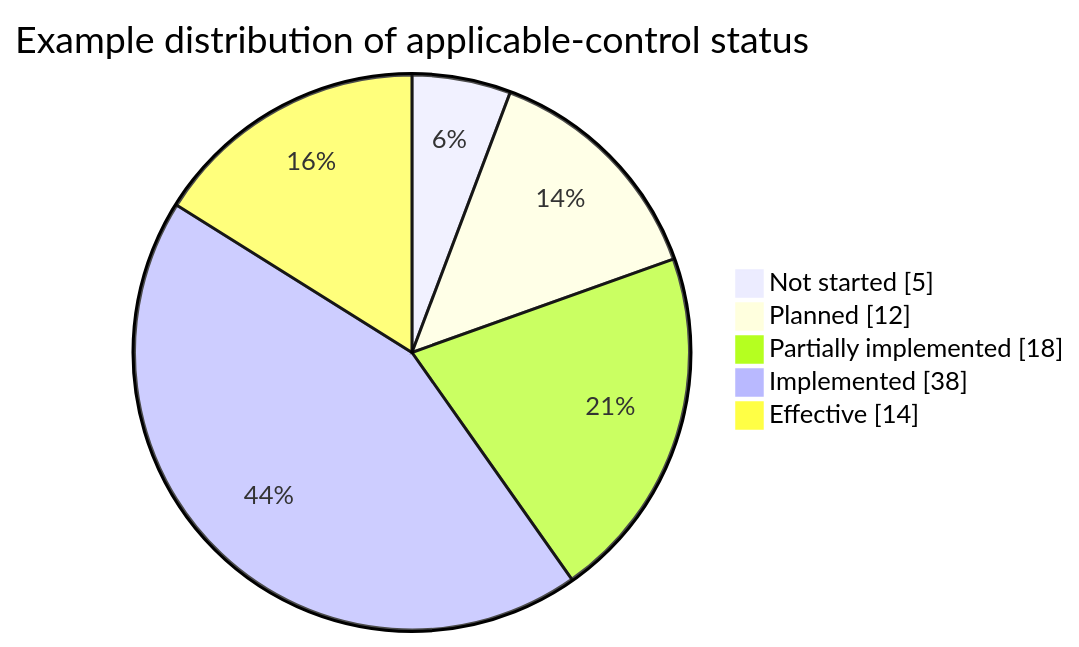
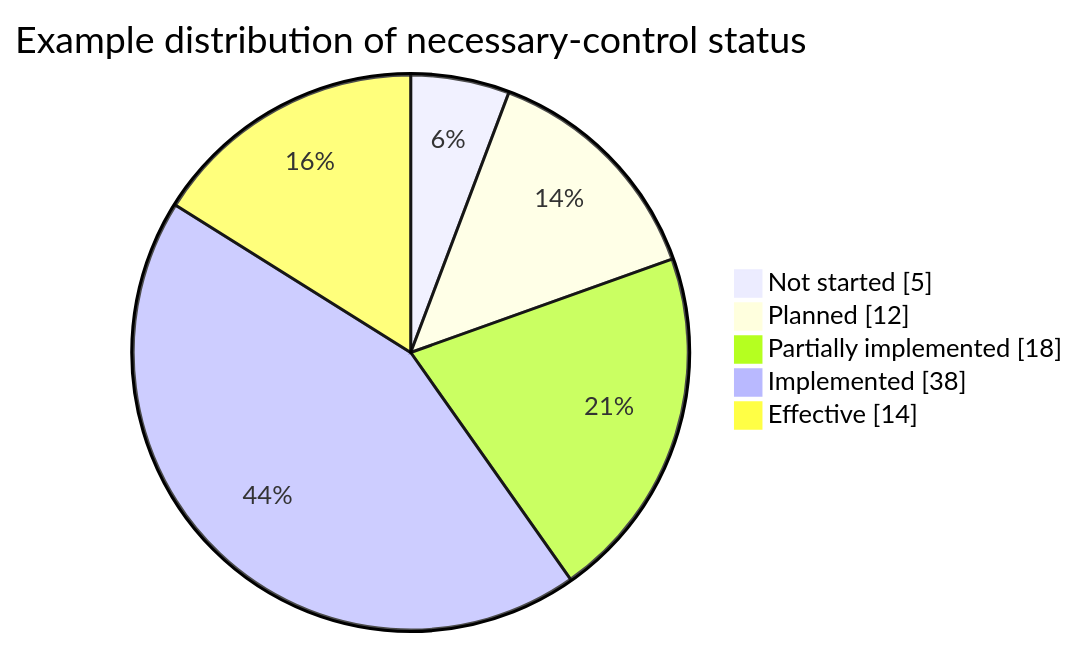
The diagram in docs/10-templates/statement-of-applicability-template.md (wintersw/ISO-IEC-27001-Security-Knowledge-Base), drawn with Mermaid before and after one commit. The commit also changed other lines of this file and 501 other files, not shown here.

````diff
--- a/docs/10-templates/statement-of-applicability-template.md
+++ b/docs/10-templates/statement-of-applicability-template.md
@@ -103,9 +168,9 @@
 ```mermaid
 pie showData
-    title Example distribution of applicable-control status
+    title Example distribution of necessary-control status
     "Not started" : 5
     "Planned" : 12
     "Partially implemented" : 18
     "Implemented" : 38
     "Effective" : 14
 ```
````
